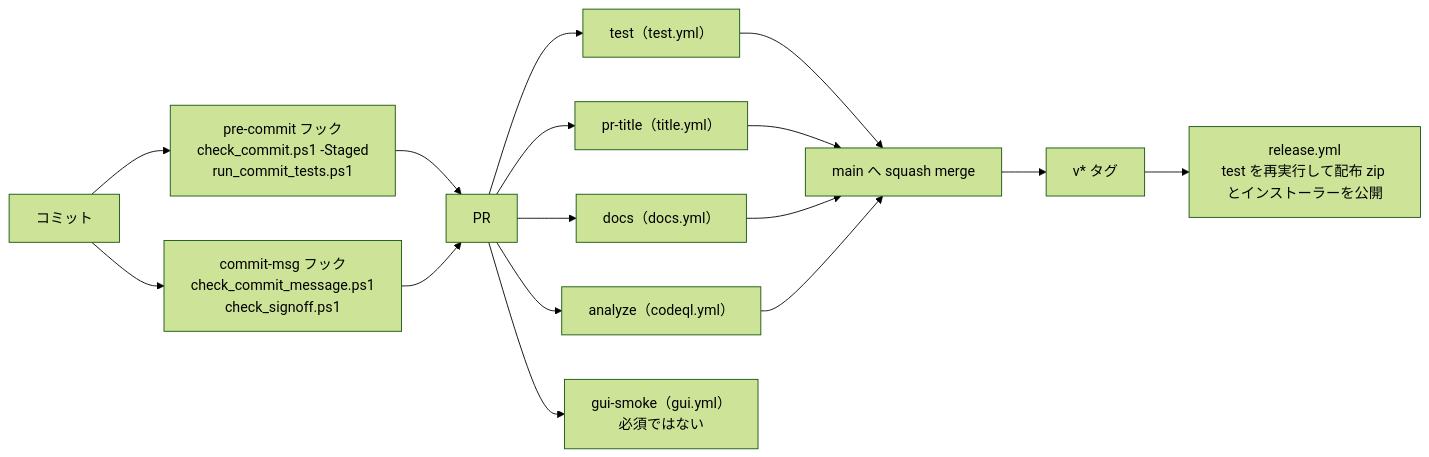
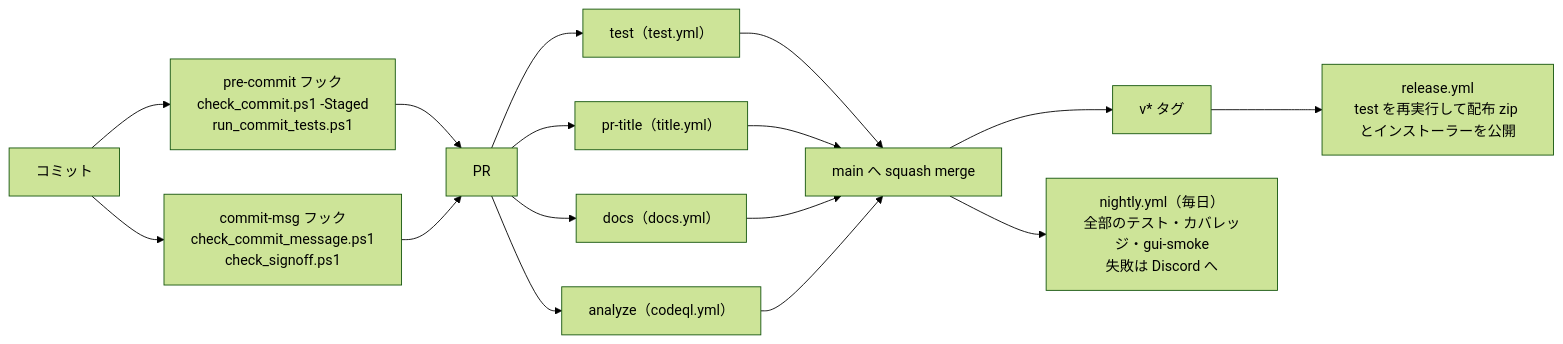
Before and after one commit to hsgwa/tebunko: the diagram in docs/design/testing/index.md, drawn with Mermaid (forest theme). The commit also changed other lines of this file and 15 other files, not shown here.

````diff
--- a/docs/design/testing/index.md
+++ b/docs/design/testing/index.md
@@ -21,13 +21,13 @@
 ```mermaid
 flowchart LR
     C["コミット"] --> H1["pre-commit フック<br>check_commit.ps1 -Staged<br>run_commit_tests.ps1"]
     C --> H2["commit-msg フック<br>check_commit_message.ps1<br>check_signoff.ps1"]
     H1 & H2 --> PR["PR"]
     PR --> R1["test（test.yml）"]
     PR --> R2["pr-title（title.yml）"]
     PR --> R3["docs（docs.yml）"]
     PR --> R4["analyze（codeql.yml）"]
-    PR --> R5["gui-smoke（gui.yml）<br>必須ではない"]
     R1 & R2 & R3 & R4 --> M["main へ squash merge"]
     M --> T["v* タグ"] --> REL["release.yml<br>test を再実行して配布 zip とインストーラーを公開"]
+    M --> N["nightly.yml（毎日）<br>全部のテスト・カバレッジ・gui-smoke<br>失敗は Discord へ"]
 ```
````
